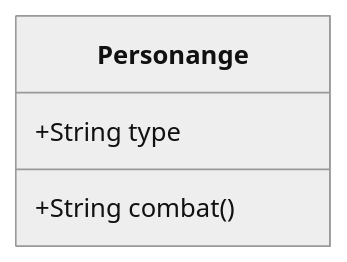
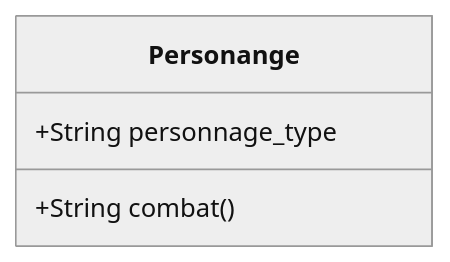
Before and after one commit to HealerMikado/complement_info_ensai_2020_2021: the first of 10 diagrams in TP1.md, drawn with Mermaid (neutral theme). The commit also changed other lines of this file, not shown here.

````diff
--- a/TP1.md
+++ b/TP1.md
@@ -23,7 +23,7 @@
 ```mermaid
 classDiagram
 	class Personange {
-	+String type
+	+String personnage_type
 	+String combat()
 	}
 ```
````
